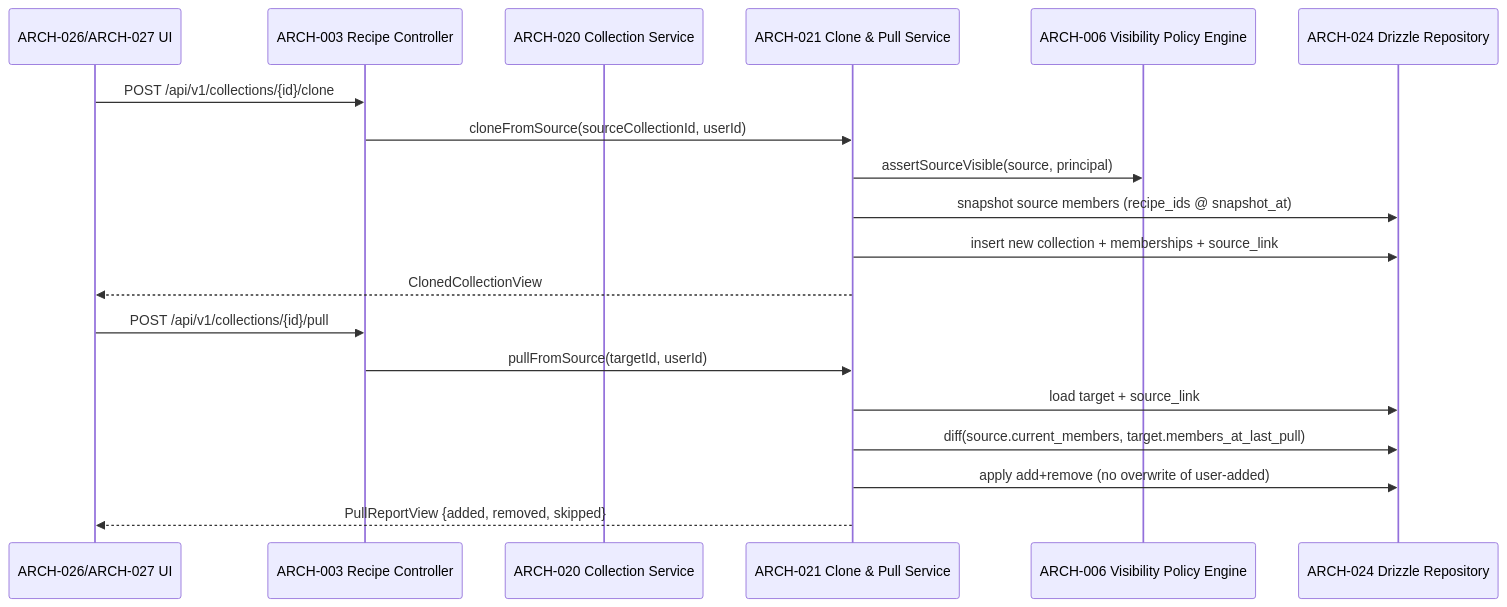
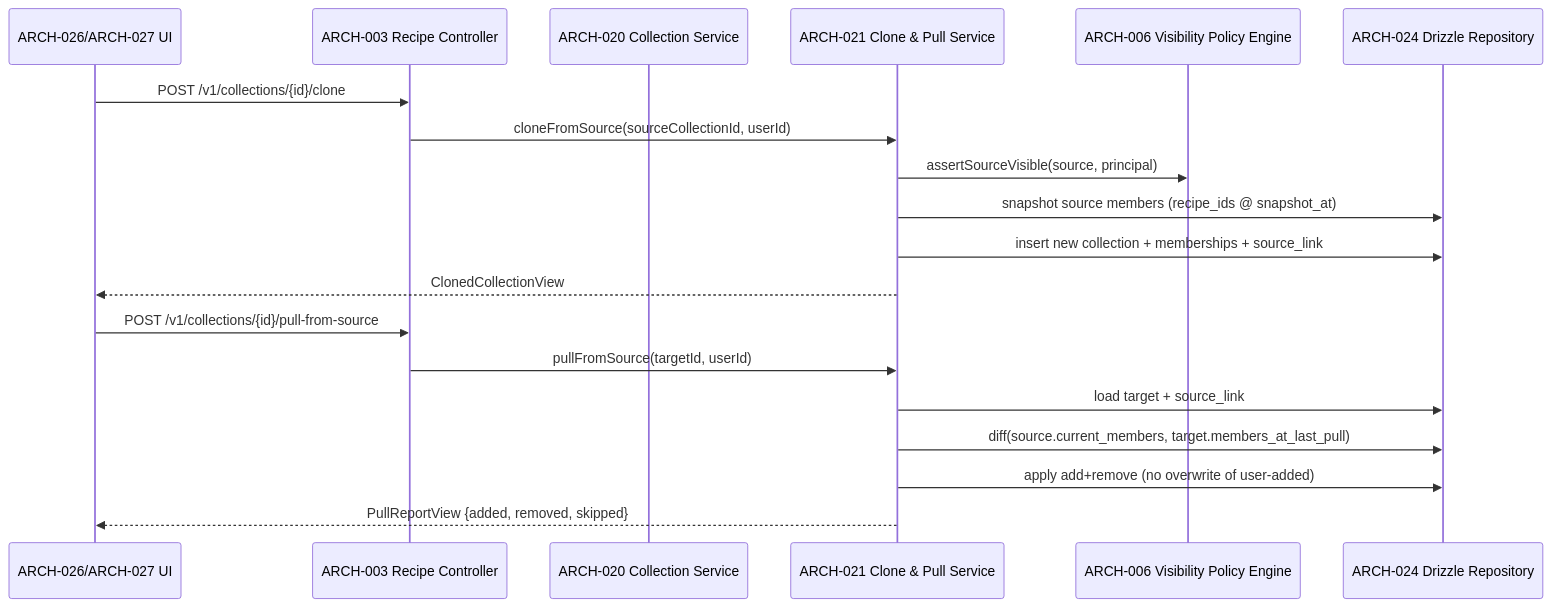
The fourth of 5 diagrams in specs/001-commise-recipe-app/v-model/architecture-design.md (radicle-co/KitchenSink), drawn with Mermaid before and after one commit. The commit also changed other lines of this file and 28 other files, not shown here.

````diff
--- a/specs/001-commise-recipe-app/v-model/architecture-design.md
+++ b/specs/001-commise-recipe-app/v-model/architecture-design.md
@@ -225,23 +230,23 @@
 ```mermaid
 sequenceDiagram
     participant UI as ARCH-026/ARCH-027 UI
     participant CTRL as ARCH-003 Recipe Controller
     participant COL as ARCH-020 Collection Service
     participant CLONE as ARCH-021 Clone & Pull Service
     participant POL as ARCH-006 Visibility Policy Engine
     participant REPO as ARCH-024 Drizzle Repository
 
-    UI->>CTRL: POST /api/v1/collections/{id}/clone
+    UI->>CTRL: POST /v1/collections/{id}/clone
     CTRL->>CLONE: cloneFromSource(sourceCollectionId, userId)
     CLONE->>POL: assertSourceVisible(source, principal)
     CLONE->>REPO: snapshot source members (recipe_ids @ snapshot_at)
     CLONE->>REPO: insert new collection + memberships + source_link
     CLONE-->>UI: ClonedCollectionView
 
-    UI->>CTRL: POST /api/v1/collections/{id}/pull
+    UI->>CTRL: POST /v1/collections/{id}/pull-from-source
     CTRL->>CLONE: pullFromSource(targetId, userId)
     CLONE->>REPO: load target + source_link
     CLONE->>REPO: diff(source.current_members, target.members_at_last_pull)
     CLONE->>REPO: apply add+remove (no overwrite of user-added)
     CLONE-->>UI: PullReportView {added, removed, skipped}
 ```
````
